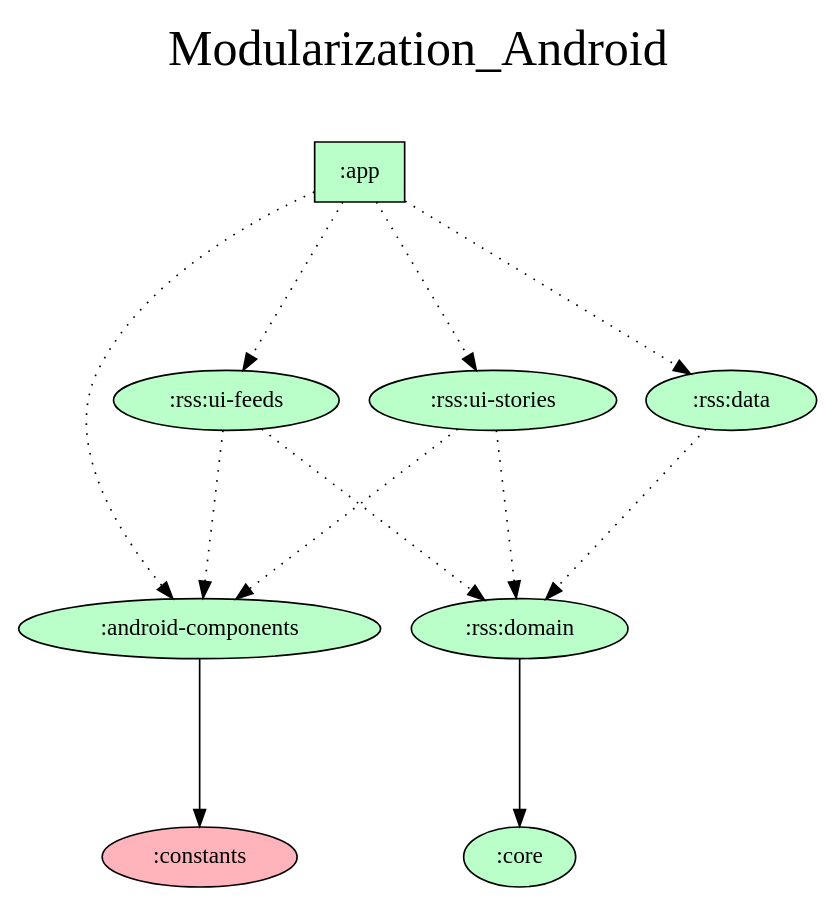
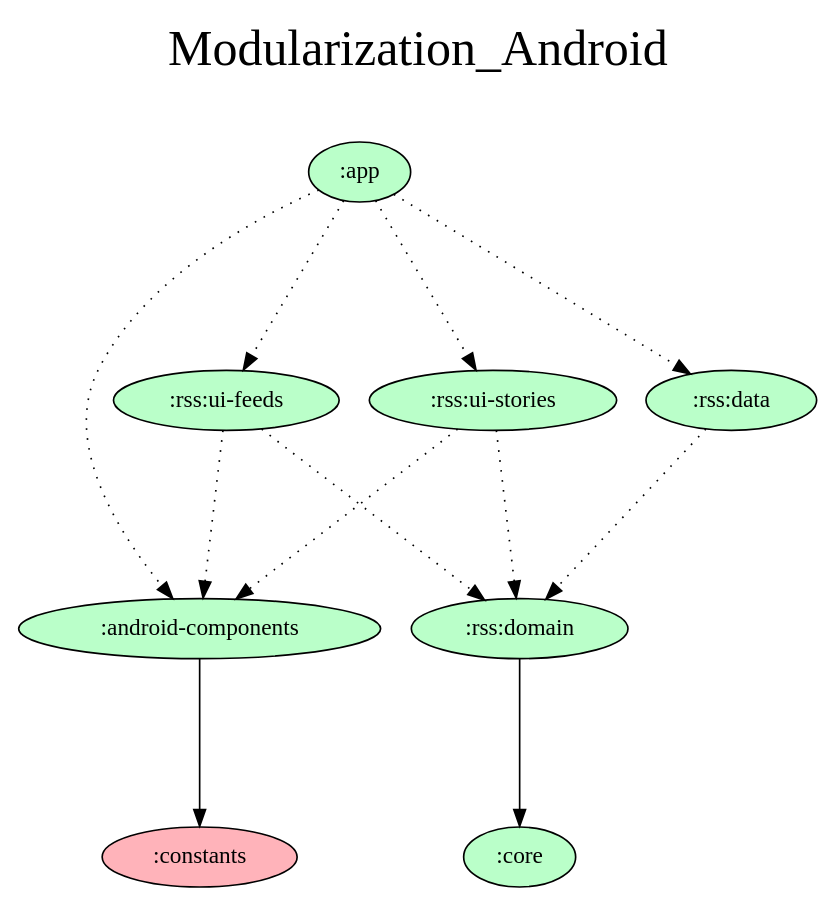
Before and after one commit to farooqahmadm1/Modularization_Android: the diagram in gradle/dependency-graph/project.dot, drawn with Graphviz. The commit also changed 1 other file, not shown here.

Commit message:
Update dependency graph

```diff
--- a/gradle/dependency-graph/project.dot
+++ b/gradle/dependency-graph/project.dot
@@ -1,32 +1,32 @@
 digraph {
   graph [label="Modularization_Android\n ",labelloc=t,fontsize=30,ranksep=1.4];
   node [style=filled, fillcolor="#bbbbbb"];
   rankdir=TB;
 
   # Projects
 
   ":android-components" [fillcolor="#baffc9"];
-  ":app" [shape=box, fillcolor="#baffc9"];
+  ":app" [fillcolor="#baffc9"];
   ":constants" [fillcolor="#ffb3ba"];
   ":core" [fillcolor="#baffc9"];
   ":rss:data" [fillcolor="#baffc9"];
   ":rss:domain" [fillcolor="#baffc9"];
   ":rss:ui-feeds" [fillcolor="#baffc9"];
   ":rss:ui-stories" [fillcolor="#baffc9"];
 
-  {rank = same; ":app";}
+  {rank = same;}
 
   # Dependencies
 
   ":android-components" -> ":constants"
   ":app" -> ":android-components" [style=dotted]
   ":app" -> ":rss:ui-feeds" [style=dotted]
   ":app" -> ":rss:ui-stories" [style=dotted]
   ":app" -> ":rss:data" [style=dotted]
   ":rss:data" -> ":rss:domain" [style=dotted]
   ":rss:domain" -> ":core"
   ":rss:ui-feeds" -> ":android-components" [style=dotted]
   ":rss:ui-feeds" -> ":rss:domain" [style=dotted]
   ":rss:ui-stories" -> ":android-components" [style=dotted]
   ":rss:ui-stories" -> ":rss:domain" [style=dotted]
 }
```
